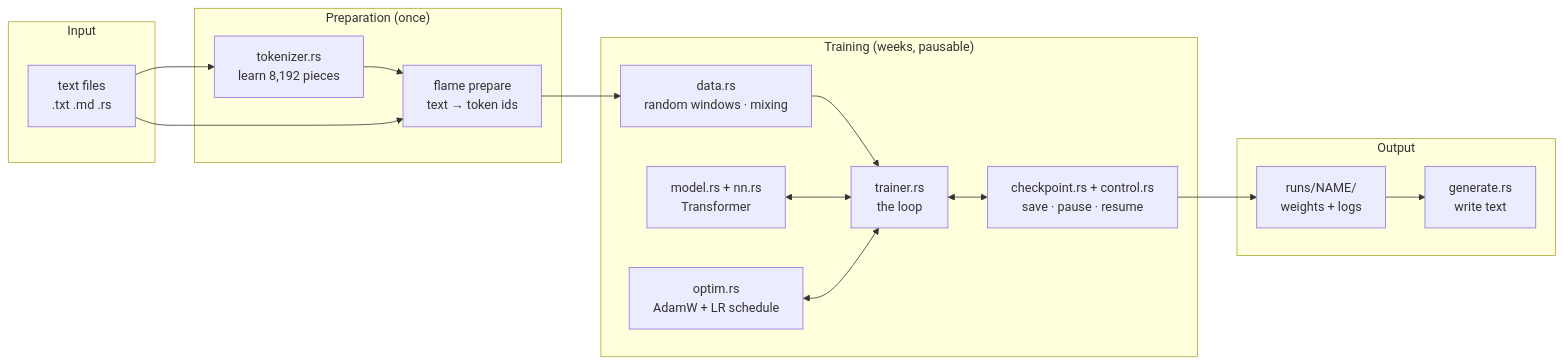
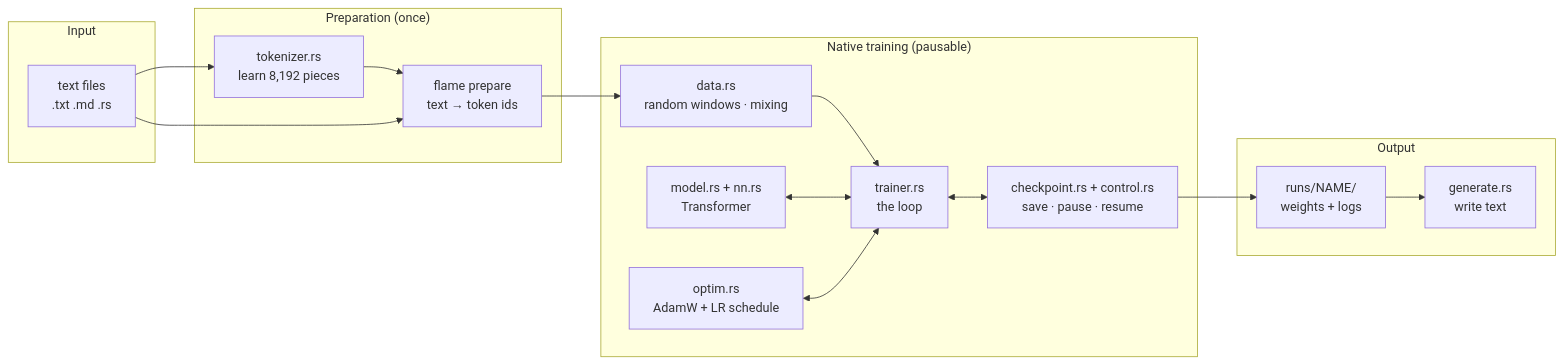
Before and after one commit to RTensorLabs/FLAME: the first of 8 diagrams in docs/architecture.md, drawn with Mermaid. The commit also changed other lines of this file and 12 other files, not shown here.

````diff
--- a/docs/architecture.md
+++ b/docs/architecture.md
@@ -12,26 +12,26 @@
 ```mermaid
 flowchart LR
     subgraph IN["Input"]
         RAW["text files<br/>.txt .md .rs"]
     end
     subgraph PREP["Preparation (once)"]
         TOK["tokenizer.rs<br/>learn 8,192 pieces"]
         PREPARE["flame prepare<br/>text → token ids"]
     end
-    subgraph TRAIN["Training (weeks, pausable)"]
+    subgraph TRAIN["Native training (pausable)"]
         DATA["data.rs<br/>random windows · mixing"]
         MODEL["model.rs + nn.rs<br/>Transformer"]
         OPT["optim.rs<br/>AdamW + LR schedule"]
         LOOP["trainer.rs<br/>the loop"]
         CKPT["checkpoint.rs + control.rs<br/>save · pause · resume"]
     end
     subgraph OUT["Output"]
         RUN["runs/NAME/<br/>weights + logs"]
         GEN["generate.rs<br/>write text"]
     end
     RAW --> TOK --> PREPARE
     RAW --> PREPARE --> DATA --> LOOP
     MODEL <--> LOOP
     OPT <--> LOOP
     LOOP <--> CKPT --> RUN --> GEN
 ```
````
